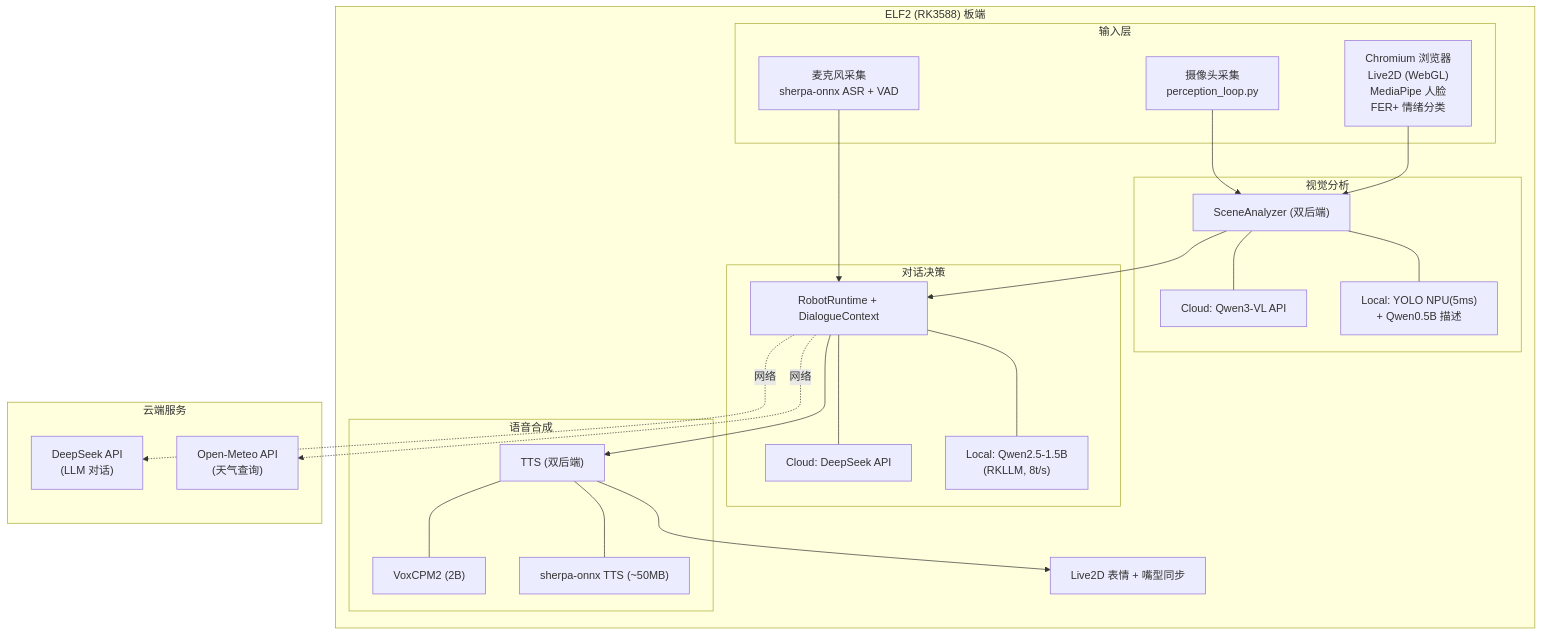
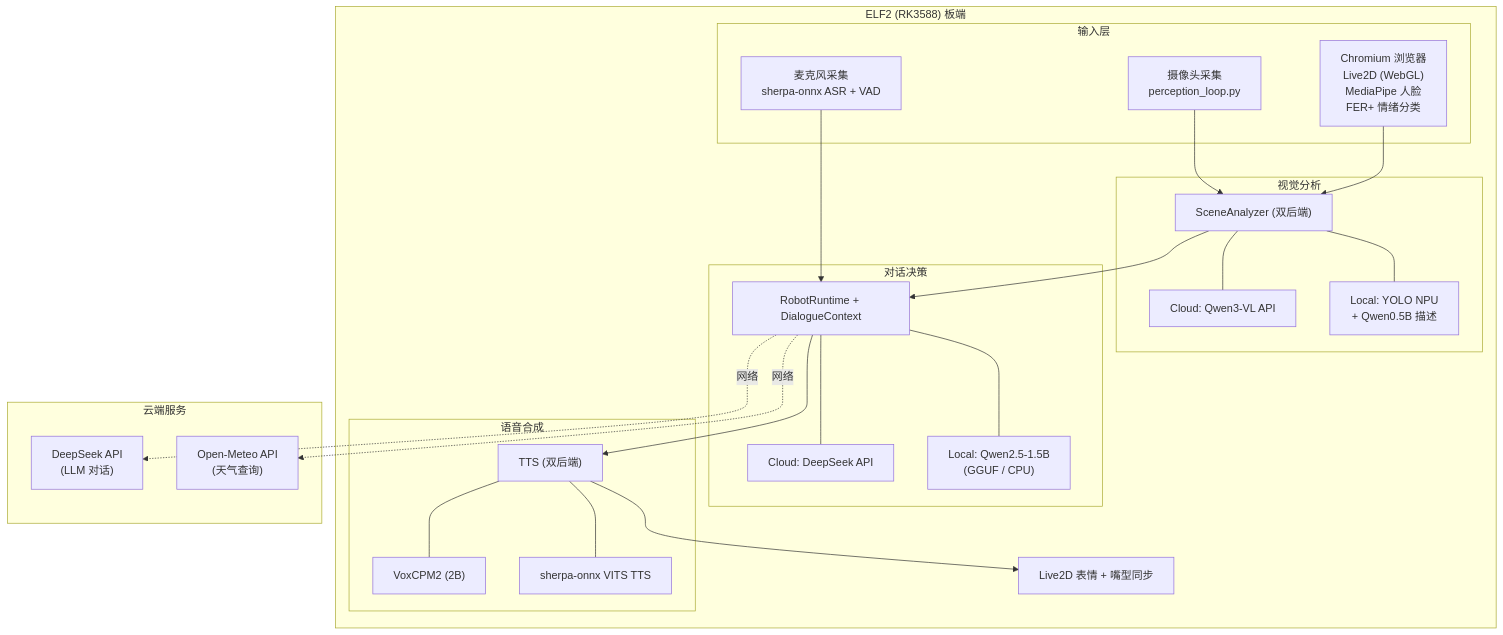
The diagram in README.md (rayL-K/Viusual_Companion_Robot), drawn with Mermaid before and after one commit. The commit also changed other lines of this file and 8 other files, not shown here.

````diff
--- a/README.md
+++ b/README.md
@@ -13,50 +13,50 @@
 ```mermaid
 flowchart TB
     subgraph ELF2["ELF2 (RK3588) 板端"]
         subgraph Input["输入层"]
             CAM["摄像头采集<br/>perception_loop.py"]
             MIC["麦克风采集<br/>sherpa-onnx ASR + VAD"]
             CHROME["Chromium 浏览器<br/>Live2D (WebGL)<br/>MediaPipe 人脸<br/>FER+ 情绪分类"]
         end
 
         subgraph Vision["视觉分析"]
             SA["SceneAnalyzer (双后端)"]
             SA_C["Cloud: Qwen3-VL API"]
-            SA_L["Local: YOLO NPU(5ms)<br/>+ Qwen0.5B 描述"]
+            SA_L["Local: YOLO NPU<br/>+ Qwen0.5B 描述"]
             SA --- SA_C
             SA --- SA_L
         end
 
         subgraph LLM["对话决策"]
             RT["RobotRuntime + DialogueContext"]
             LLM_C["Cloud: DeepSeek API"]
-            LLM_L["Local: Qwen2.5-1.5B<br/>(RKLLM, 8t/s)"]
+            LLM_L["Local: Qwen2.5-1.5B<br/>(GGUF / CPU)"]
             RT --- LLM_C
             RT --- LLM_L
         end
 
         subgraph TTS["语音合成"]
             TTS_B["TTS (双后端)"]
             TTS_V["VoxCPM2 (2B)"]
-            TTS_S["sherpa-onnx TTS (~50MB)"]
+            TTS_S["sherpa-onnx VITS TTS"]
             TTS_B --- TTS_V
             TTS_B --- TTS_S
         end
 
         L2D["Live2D 表情 + 嘴型同步"]
     end
 
     subgraph Cloud["云端服务"]
         DS["DeepSeek API<br/>(LLM 对话)"]
         OM["Open-Meteo API<br/>(天气查询)"]
     end
 
     CAM --> SA
     MIC --> RT
     CHROME --> SA
     SA --> RT
     RT --> TTS_B
     TTS_B --> L2D
     RT -.->|网络| DS
     RT -.->|网络| OM
 ```
````
